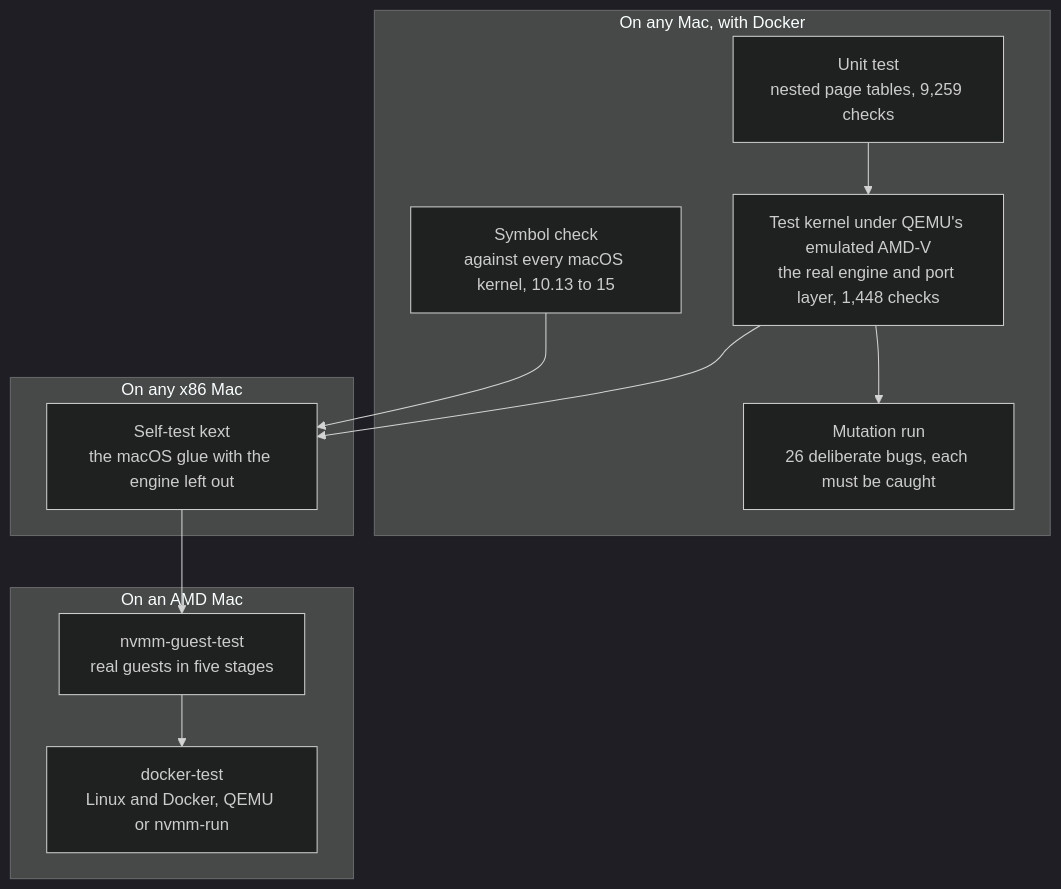
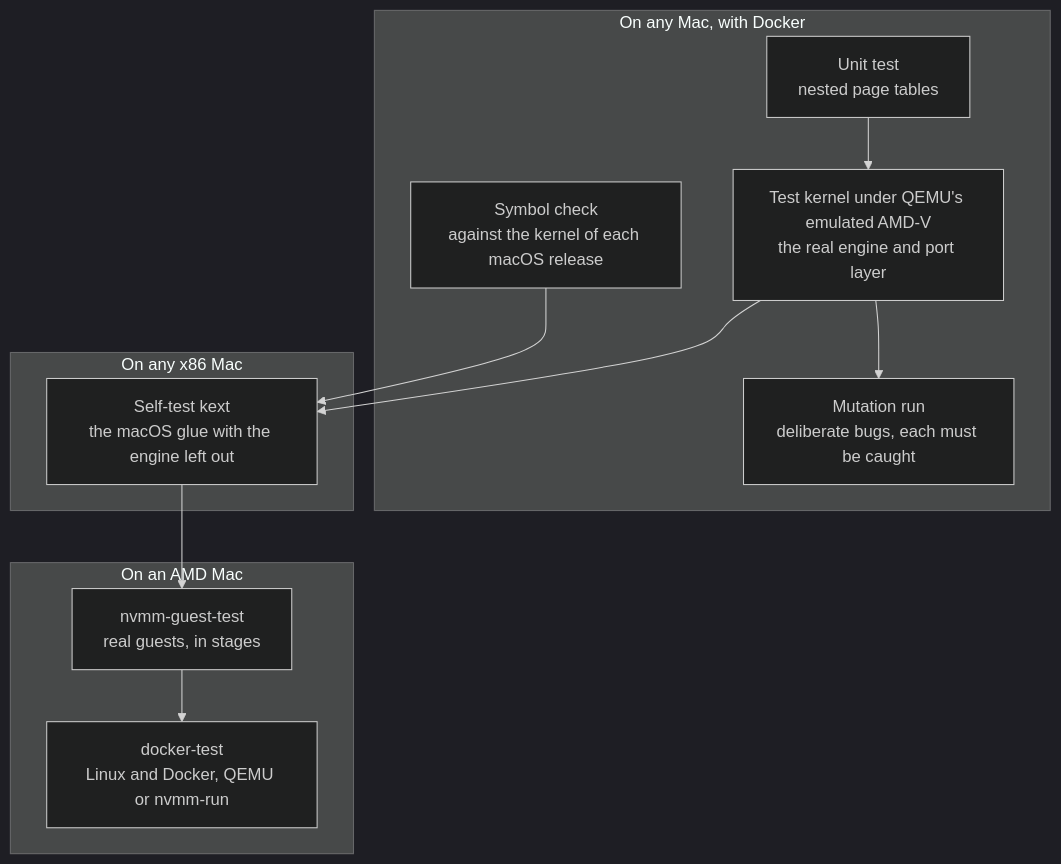
Before and after one commit to milouk/graft: the fourth of 4 diagrams in README.md, drawn with Mermaid (dark theme). The commit also changed other lines of this file and 2 other files, not shown here.

Commit message:
README: no figures that need upkeep; drop the vision page

````diff
--- a/README.md
+++ b/README.md
@@ -288,19 +288,19 @@
 ```mermaid
 flowchart TB
     subgraph any["On any Mac, with Docker"]
-        unit["Unit test<br/>nested page tables, 9,259 checks"]
-        bare["Test kernel under QEMU's emulated AMD-V<br/>the real engine and port layer, 1,448 checks"]
-        mut["Mutation run<br/>26 deliberate bugs, each must be caught"]
-        kpi["Symbol check<br/>against every macOS kernel, 10.13 to 15"]
+        unit["Unit test<br/>nested page tables"]
+        bare["Test kernel under QEMU's emulated AMD-V<br/>the real engine and port layer"]
+        mut["Mutation run<br/>deliberate bugs, each must be caught"]
+        kpi["Symbol check<br/>against the kernel of each macOS release"]
     end
     subgraph intel["On any x86 Mac"]
         self["Self-test kext<br/>the macOS glue with the engine left out"]
     end
     subgraph amd["On an AMD Mac"]
-        gt["nvmm-guest-test<br/>real guests in five stages"]
+        gt["nvmm-guest-test<br/>real guests, in stages"]
         dt["docker-test<br/>Linux and Docker, QEMU or nvmm-run"]
     end
     unit --> bare --> mut
     bare --> self --> gt --> dt
     kpi --> self
 ```
````
